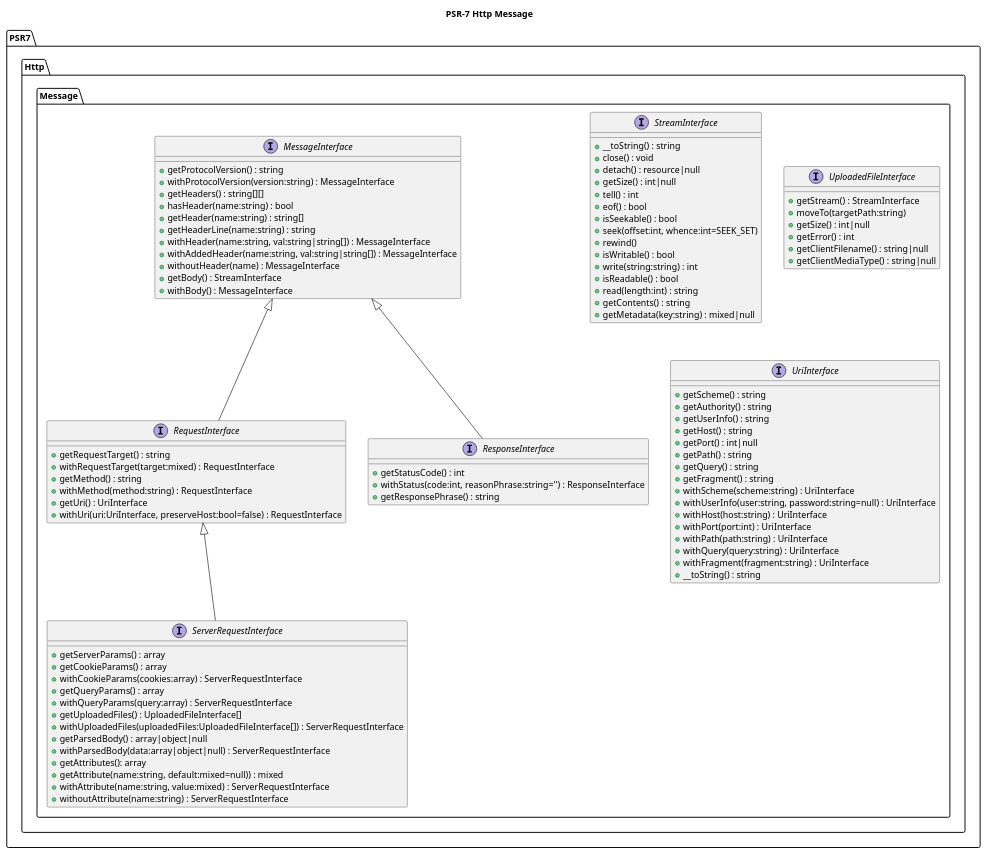
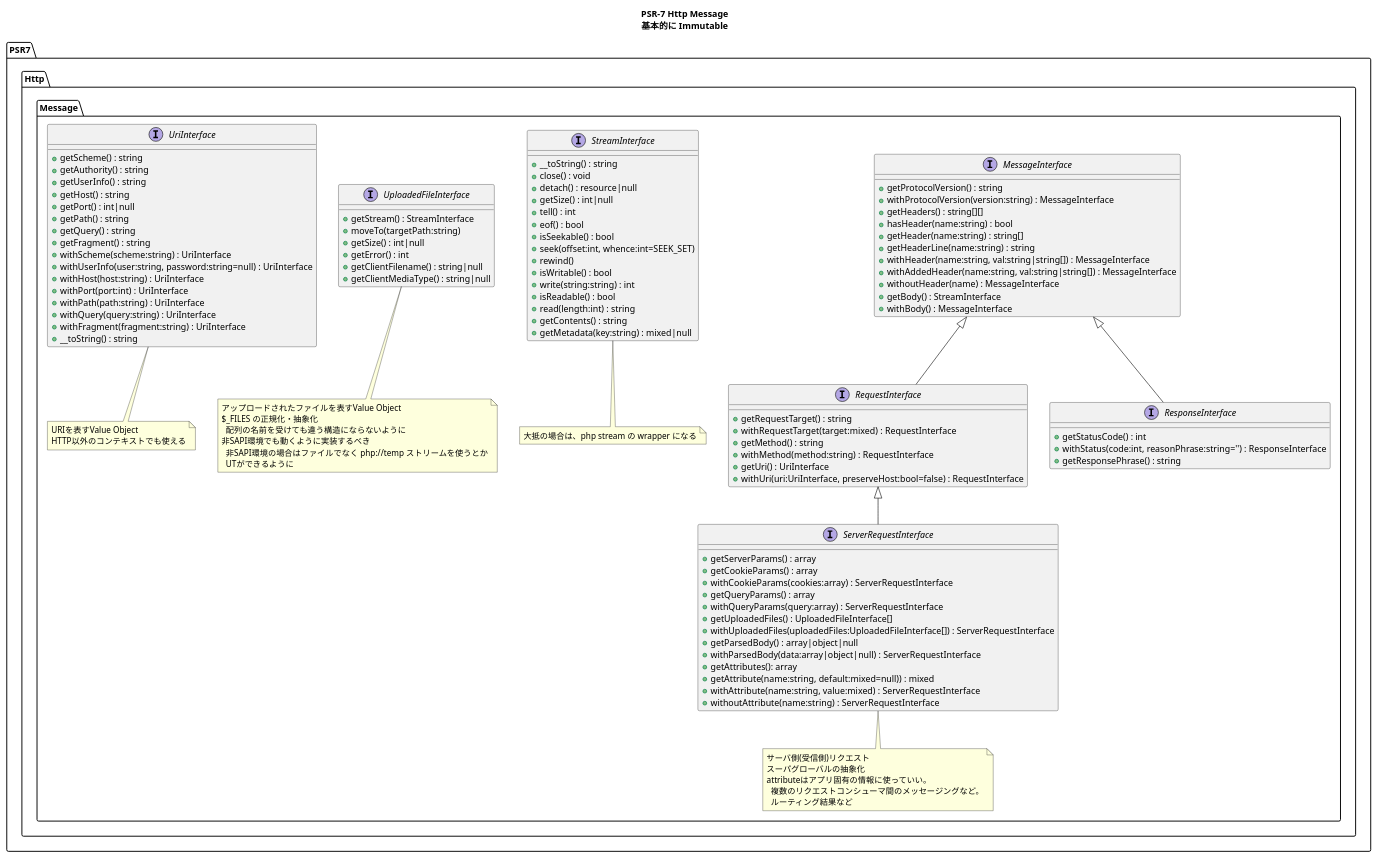
The diagram in uml/07_HttpMessage/CD_PSR7.puml (iamapen/psr), drawn with PlantUML before and after one commit.

Commit message:
add comments

```diff
--- a/uml/07_HttpMessage/CD_PSR7.puml
+++ b/uml/07_HttpMessage/CD_PSR7.puml
@@ -1,100 +1,124 @@
 @startuml
 title
   PSR-7 Http Message
+  基本的に Immutable
 endtitle
 
 namespace PSR7.Http.Message {
   interface MessageInterface {
     + getProtocolVersion() : string
     + withProtocolVersion(version:string) : MessageInterface
     + getHeaders() : string[][]
     + hasHeader(name:string) : bool
     + getHeader(name:string) : string[]
     + getHeaderLine(name:string) : string
     + withHeader(name:string, val:string|string[]) : MessageInterface
     + withAddedHeader(name:string, val:string|string[]) : MessageInterface
     + withoutHeader(name) : MessageInterface
     + getBody() : StreamInterface
     + withBody() : MessageInterface
   }
   interface RequestInterface {
     + getRequestTarget() : string
     + withRequestTarget(target:mixed) : RequestInterface
     + getMethod() : string
     + withMethod(method:string) : RequestInterface
     + getUri() : UriInterface
     + withUri(uri:UriInterface, preserveHost:bool=false) : RequestInterface
   }
   MessageInterface <|-- RequestInterface
   interface ResponseInterface {
     + getStatusCode() : int
     + withStatus(code:int, reasonPhrase:string='') : ResponseInterface
     + getResponsePhrase() : string
   }
+
   MessageInterface <|-- ResponseInterface
 
   interface ServerRequestInterface {
     + getServerParams() : array
     + getCookieParams() : array
     + withCookieParams(cookies:array) : ServerRequestInterface
     + getQueryParams() : array
     + withQueryParams(query:array) : ServerRequestInterface
     + getUploadedFiles() : UploadedFileInterface[]
     + withUploadedFiles(uploadedFiles:UploadedFileInterface[]) : ServerRequestInterface
     + getParsedBody() : array|object|null
     + withParsedBody(data:array|object|null) : ServerRequestInterface
     + getAttributes(): array
     + getAttribute(name:string, default:mixed=null)) : mixed
     + withAttribute(name:string, value:mixed) : ServerRequestInterface
     + withoutAttribute(name:string) : ServerRequestInterface
   }
+  note bottom of ServerRequestInterface
+    サーバ側(受信側)リクエスト
+    スーパグローバルの抽象化
+    attributeはアプリ固有の情報に使っていい。
+      複数のリクエストコンシューマ間のメッセージングなど。
+      ルーティング結果など
+  endnote
   RequestInterface <|-- ServerRequestInterface
 
   interface StreamInterface {
     + __toString() : string
     + close() : void
     + detach() : resource|null
     + getSize() : int|null
     + tell() : int
     + eof() : bool
     + isSeekable() : bool
     + seek(offset:int, whence:int=SEEK_SET)
     + rewind()
     + isWritable() : bool
     + write(string:string) : int
     + isReadable() : bool
     + read(length:int) : string
     + getContents() : string
     + getMetadata(key:string) : mixed|null
   }
+  note bottom of StreamInterface
+    大抵の場合は、php stream の wrapper になる
+  endnote
 
   interface UploadedFileInterface {
     + getStream() : StreamInterface
     + moveTo(targetPath:string)
     + getSize() : int|null
     + getError() : int
     + getClientFilename() : string|null
     + getClientMediaType() : string|null
   }
+  note bottom of UploadedFileInterface
+    アップロードされたファイルを表すValue Object
+    $_FILES の正規化・抽象化
+      配列の名前を受けても違う構造にならないように
+    非SAPI環境でも動くように実装するべき
+      非SAPI環境の場合はファイルでなく php://temp ストリームを使うとか
+      UTができるように
+  endnote
 
   interface UriInterface {
     + getScheme() : string
     + getAuthority() : string
     + getUserInfo() : string
     + getHost() : string
     + getPort() : int|null
     + getPath() : string
     + getQuery() : string
     + getFragment() : string
     + withScheme(scheme:string) : UriInterface
     + withUserInfo(user:string, password:string=null) : UriInterface
     + withHost(host:string) : UriInterface
     + withPort(port:int) : UriInterface
     + withPath(path:string) : UriInterface
     + withQuery(query:string) : UriInterface
     + withFragment(fragment:string) : UriInterface
     + __toString() : string
   }
+  note bottom of UriInterface
+    URIを表すValue Object
+    HTTP以外のコンテキストでも使える
+  endnote
 }
 
 @enduml
```
